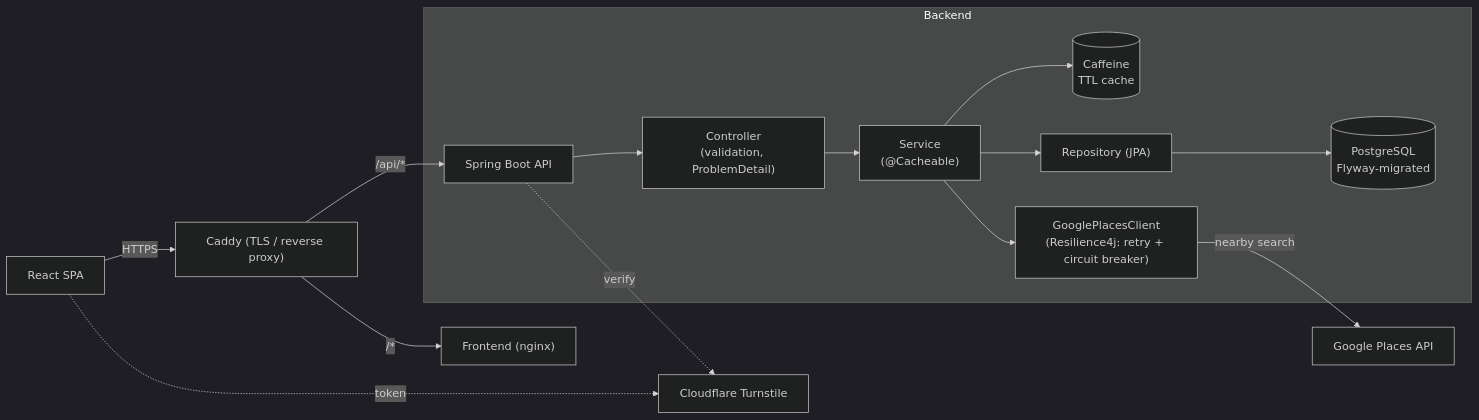
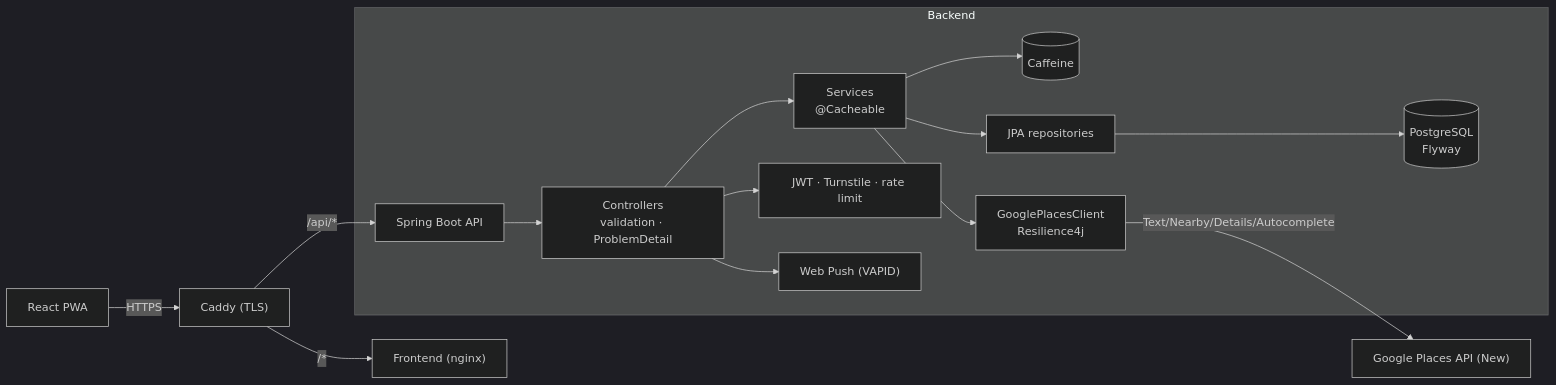
Before and after one commit to FurkanAksoyy/NearPoint: the diagram in README.md, drawn with Mermaid (dark theme). The commit also changed other lines of this file and 7 other files, not shown here.

````diff
--- a/README.md
+++ b/README.md
@@ -24,19 +59,19 @@
 ```mermaid
 flowchart LR
-    Browser["React SPA"] -->|HTTPS| Caddy["Caddy (TLS / reverse proxy)"]
+    Browser["React PWA"] -->|HTTPS| Caddy["Caddy (TLS)"]
     Caddy -->|/api/*| API["Spring Boot API"]
     Caddy -->|/*| FE["Frontend (nginx)"]
 
     subgraph Backend
-      API --> C["Controller<br/>(validation, ProblemDetail)"]
-      C --> S["Service<br/>(@Cacheable)"]
-      S --> Cache[("Caffeine<br/>TTL cache")]
-      S --> Repo["Repository (JPA)"]
-      Repo --> DB[("PostgreSQL<br/>Flyway-migrated")]
-      S --> GC["GooglePlacesClient<br/>(Resilience4j: retry + circuit breaker)"]
+      API --> C["Controllers<br/>validation · ProblemDetail"]
+      C --> S["Services<br/>@Cacheable"]
+      S --> Cache[("Caffeine")]
+      S --> Repo["JPA repositories"]
+      Repo --> DB[("PostgreSQL<br/>Flyway")]
+      S --> GC["GooglePlacesClient<br/>Resilience4j"]
+      C --> Sec["JWT · Turnstile · rate limit"]
+      C --> Push["Web Push (VAPID)"]
     end
 
-    GC -->|nearby search| Google["Google Places API"]
-    Browser -.->|token| Turnstile["Cloudflare Turnstile"]
-    API -.->|verify| Turnstile
+    GC -->|Text/Nearby/Details/Autocomplete| Google["Google Places API (New)"]
 ```
````
